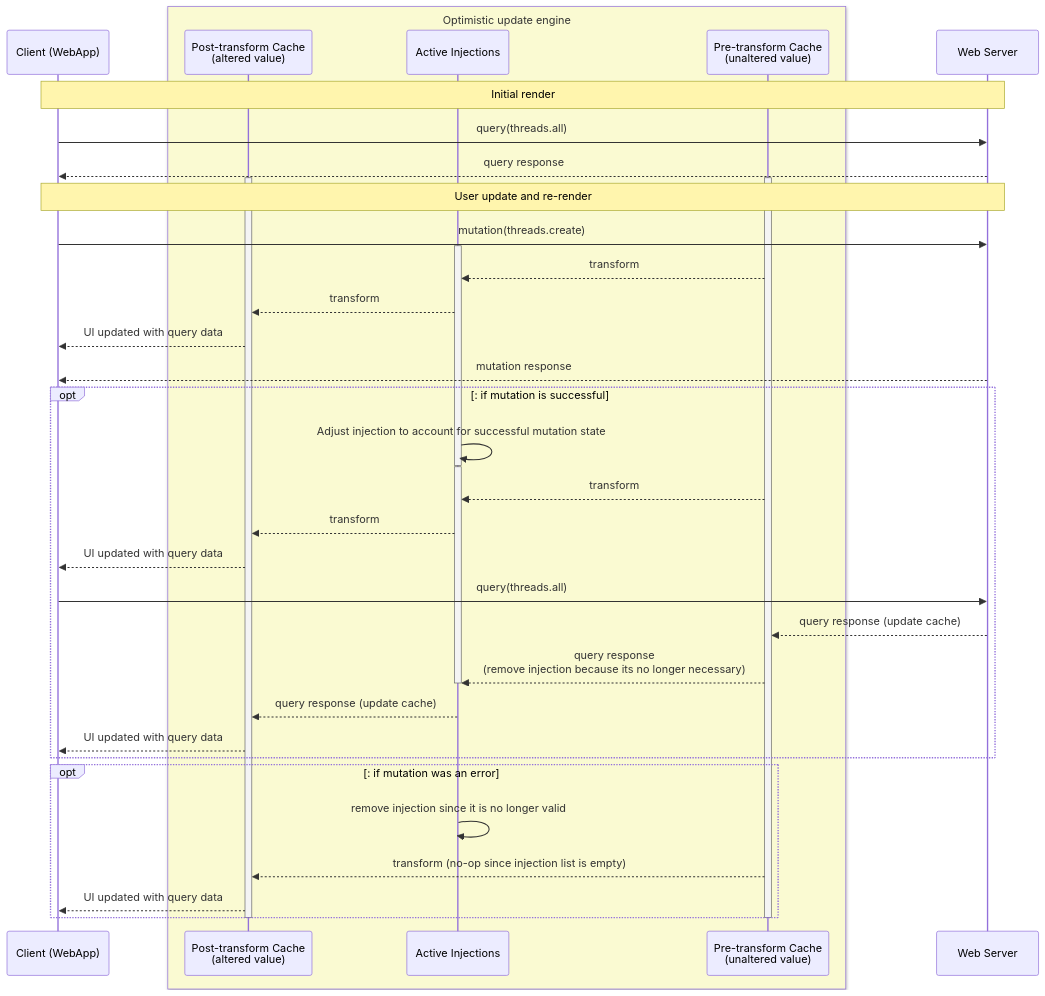
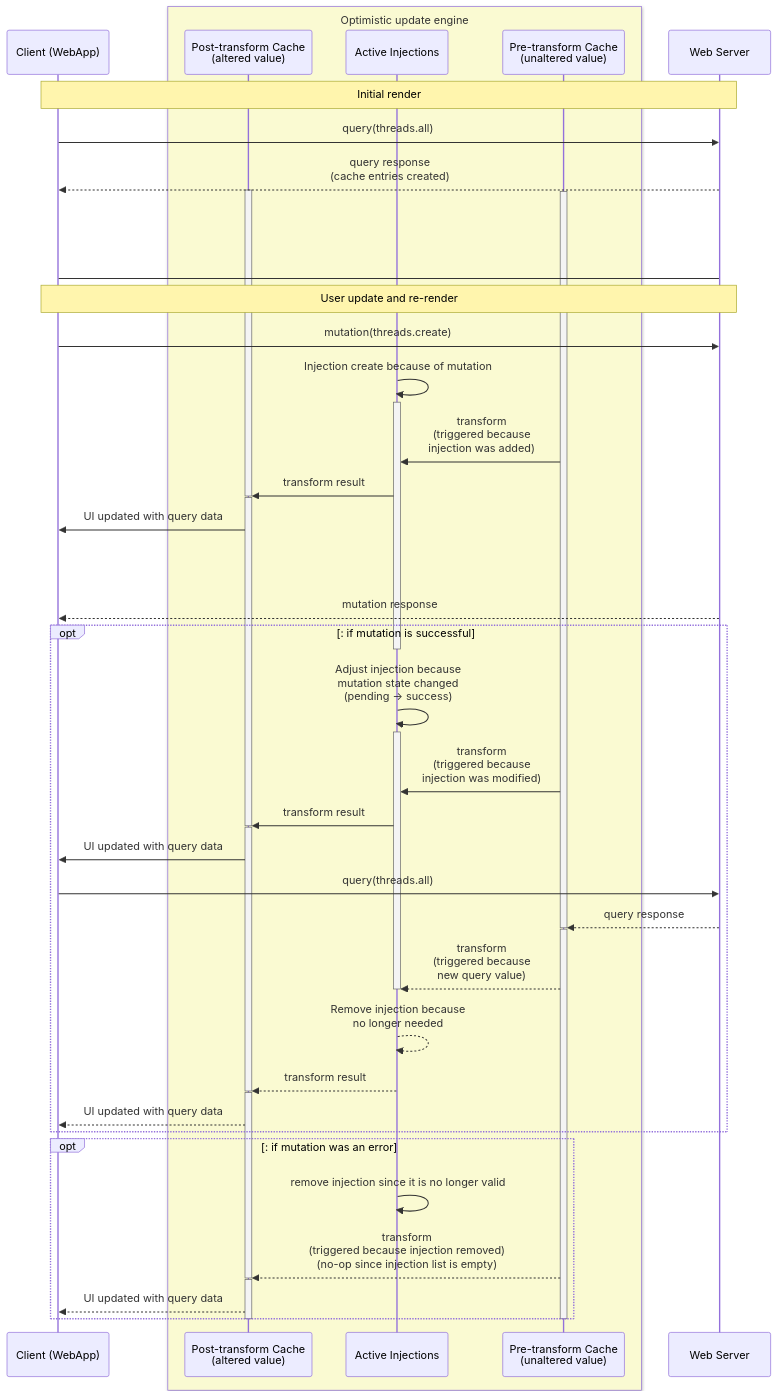
The third of 3 diagrams in README.md (JonLoesch/optimistic-updates), drawn with Mermaid before and after one commit. The commit also changed other lines of this file and 1 other file, not shown here.

````diff
--- a/README.md
+++ b/README.md
@@ -179,43 +232,60 @@
 ```mermaid
 sequenceDiagram
     participant C as Client (WebApp)
     box LightGoldenRodYellow Optimistic update engine
         participant A as Post-transform Cache<br/>(altered value)
         participant I as Active Injections
         participant U as Pre-transform Cache<br/>(unaltered value)
     end
     participant S as Web Server
+
     Note over C, S: Initial render
     C->>S: query(threads.all)
-    S-->>C: query response
+    S-->>C: query response<br/>(cache entries created)
     activate A
     activate U
+
+    C->S: <br/><br/><br/><br/>
     Note over C,S: User update and re-render
     C->>S: mutation(threads.create)
+    I->>I: Injection create because of mutation
     activate I
-    U-->>I: transform
-    I-->>A: transform
-    A-->>C: UI updated with query data
-    S-->>C: mutation response
+    U->>I: transform<br/>(triggered because<br/>injection was added)
+    I->>A: transform result
+    deactivate A
+    activate A
+    A->>C: UI updated with query data
+
+    S-->>C: <br/><br/><br/><br/>mutation response
     opt: if mutation is successful
-        I->>I: Adjust injection to account for successful mutation state
         deactivate I
+        I->>I: Adjust injection because<br/>mutation state changed<br/>(pending -> success)
         activate I
-        U-->>I: transform
-        I-->>A: transform
-        A-->>C: UI updated with query data
+        U->>I: transform<br/>(triggered because<br/>injection was modified)
+        I->>A: transform result
+        deactivate A
+        activate A
+        A->>C: UI updated with query data
         C->>S: query(threads.all)
-        S-->>U: query response (update cache)
-        U-->>I: query response<br/>(remove injection because its no longer necessary)
+        S-->>U: query response
+        deactivate U
+        activate U
+        U-->>I: transform<br/>(triggered because<br/>new query value)
         deactivate I
-        I-->>A: query response (update cache)
+        I-->>I: Remove injection because<br/>no longer needed
+        I-->>A: transform result
+        deactivate A
+        activate A
         A-->>C: UI updated with query data
     end
     opt: if mutation was an error
         I->>I: remove injection since it is no longer valid
-        U-->>A: transform (no-op since injection list is empty)
+        U-->>A: transform<br/>(triggered because injection removed)<br/>(no-op since injection list is empty)
+
+        deactivate A
+        activate A
         A-->>C: UI updated with query data
     end
     deactivate U
     deactivate A
 ```
````
